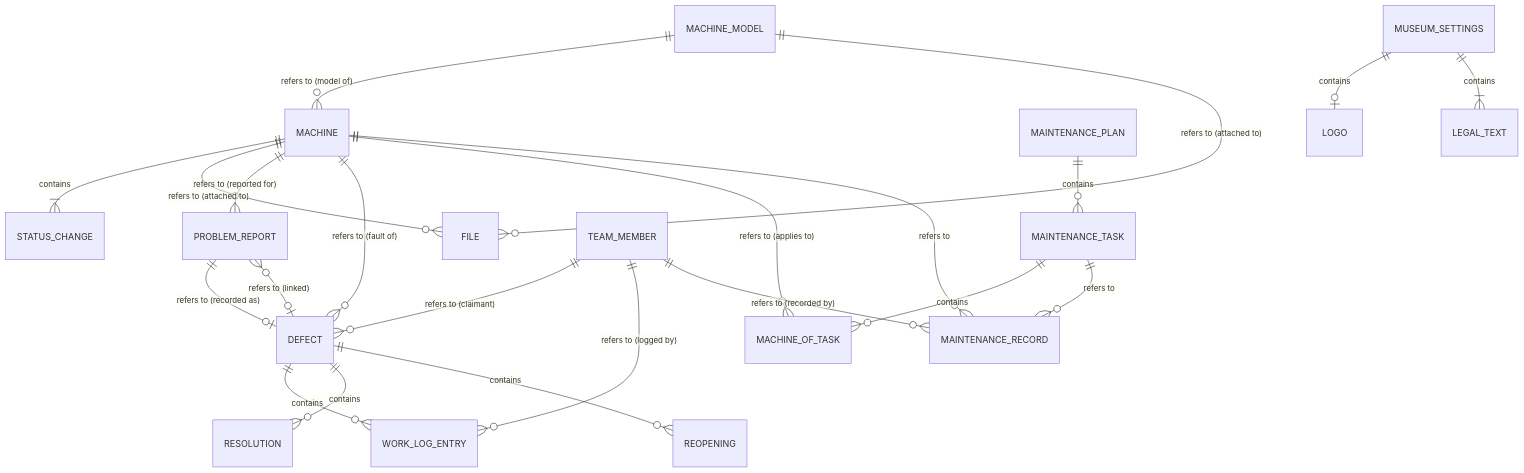
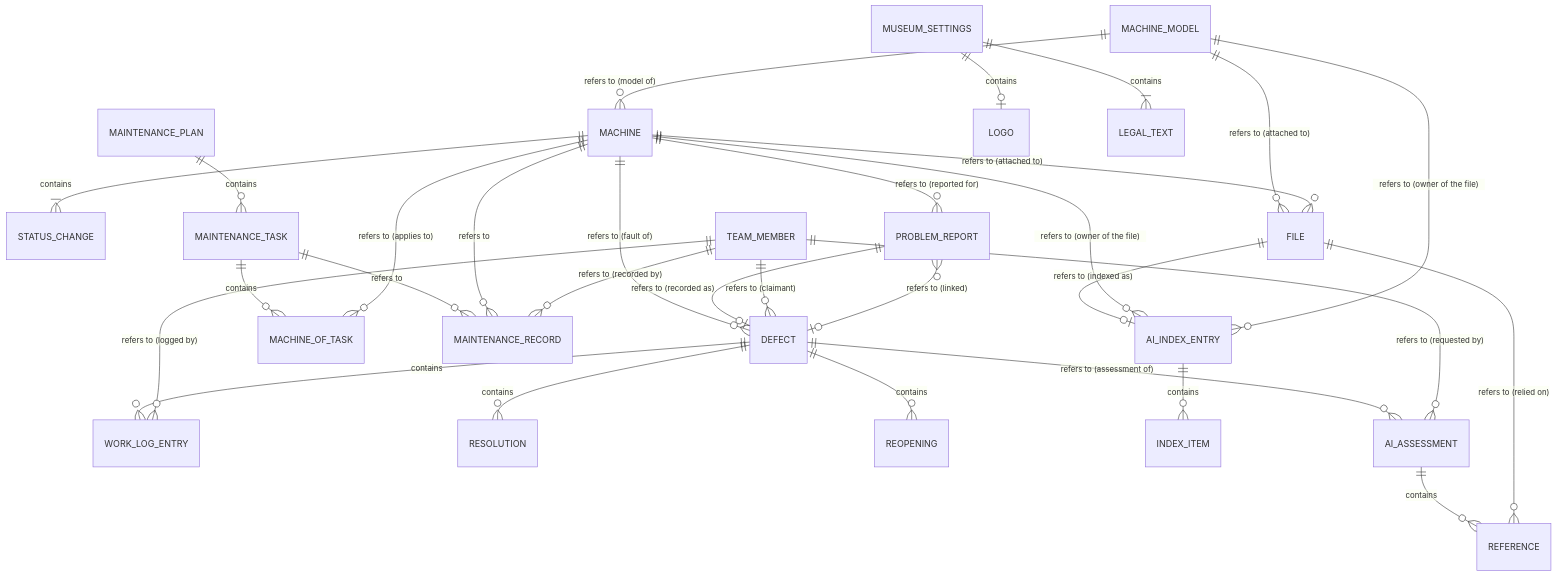
One commit to hemi1986/laguardia changed the first of 13 diagrams in docs/architecture/data-model.md. Above: the diagram before and after it, drawn with Mermaid. The commit also changed other lines of this file and 20 other files, not shown here.

````diff
--- a/docs/architecture/data-model.md
+++ b/docs/architecture/data-model.md
@@ -45,24 +53,32 @@
 ```mermaid
 erDiagram
     MACHINE_MODEL ||--o{ MACHINE : "refers to (model of)"
     MACHINE ||--|{ STATUS_CHANGE : contains
     MACHINE_MODEL ||--o{ FILE : "refers to (attached to)"
     MACHINE ||--o{ FILE : "refers to (attached to)"
     MACHINE ||--o{ PROBLEM_REPORT : "refers to (reported for)"
     MACHINE ||--o{ DEFECT : "refers to (fault of)"
     PROBLEM_REPORT ||--o| DEFECT : "refers to (recorded as)"
     DEFECT |o--o{ PROBLEM_REPORT : "refers to (linked)"
     DEFECT ||--o{ WORK_LOG_ENTRY : contains
     DEFECT ||--o{ RESOLUTION : contains
     DEFECT ||--o{ REOPENING : contains
     MAINTENANCE_PLAN ||--o{ MAINTENANCE_TASK : contains
     MAINTENANCE_TASK ||--o{ MACHINE_OF_TASK : contains
     MACHINE ||--o{ MACHINE_OF_TASK : "refers to (applies to)"
     MAINTENANCE_TASK ||--o{ MAINTENANCE_RECORD : "refers to"
     MACHINE ||--o{ MAINTENANCE_RECORD : "refers to"
     TEAM_MEMBER ||--o{ DEFECT : "refers to (claimant)"
     TEAM_MEMBER ||--o{ WORK_LOG_ENTRY : "refers to (logged by)"
     TEAM_MEMBER ||--o{ MAINTENANCE_RECORD : "refers to (recorded by)"
     MUSEUM_SETTINGS ||--o| LOGO : contains
     MUSEUM_SETTINGS ||--|{ LEGAL_TEXT : contains
+    FILE ||--o| AI_INDEX_ENTRY : "refers to (indexed as)"
+    MACHINE ||--o{ AI_INDEX_ENTRY : "refers to (owner of the file)"
+    MACHINE_MODEL ||--o{ AI_INDEX_ENTRY : "refers to (owner of the file)"
+    AI_INDEX_ENTRY ||--o{ INDEX_ITEM : contains
+    DEFECT ||--o{ AI_ASSESSMENT : "refers to (assessment of)"
+    AI_ASSESSMENT ||--o{ REFERENCE : contains
+    FILE ||--o{ REFERENCE : "refers to (relied on)"
+    TEAM_MEMBER ||--o{ AI_ASSESSMENT : "refers to (requested by)"
 ```
````
